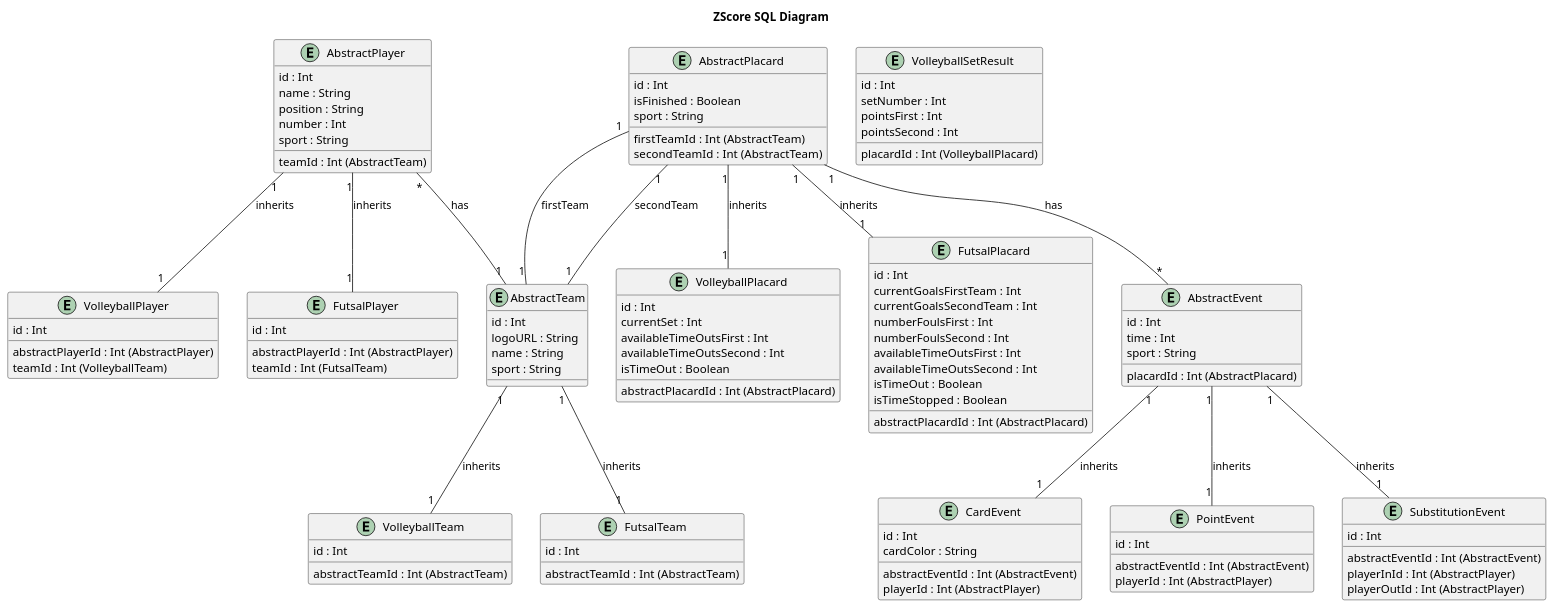
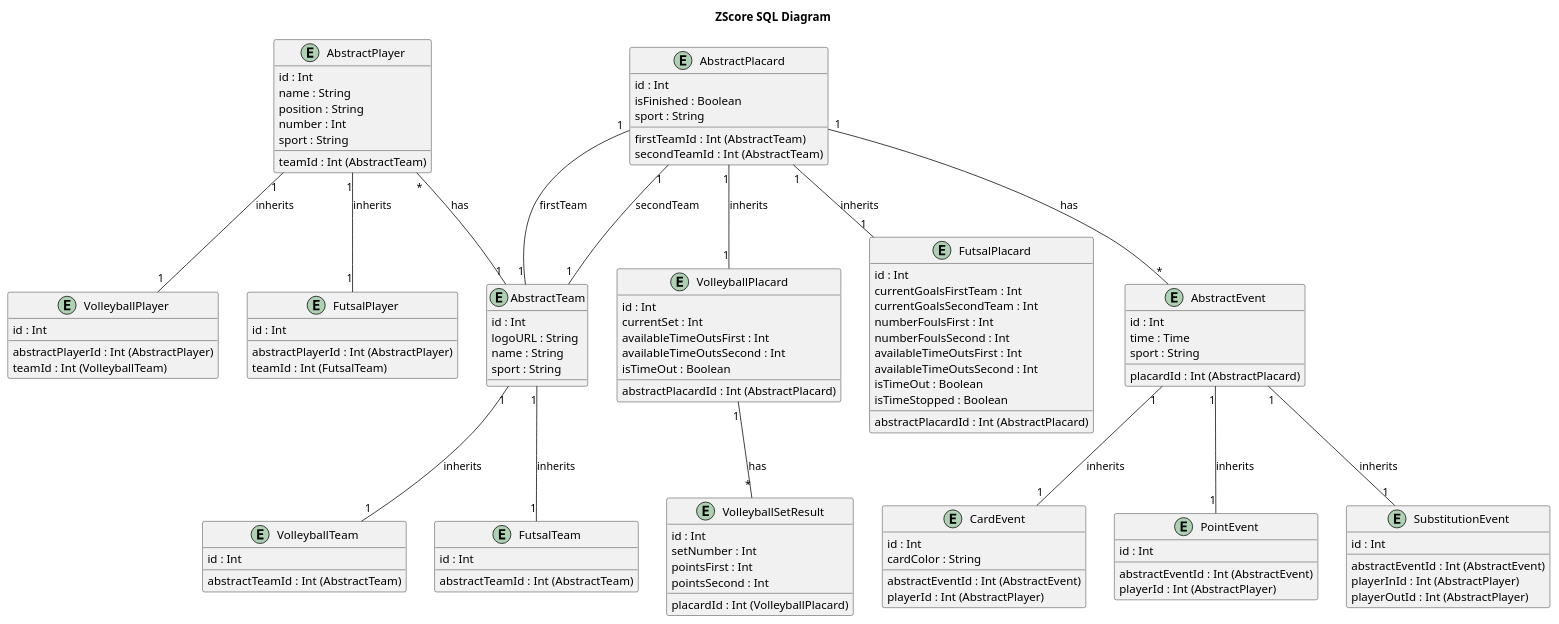
Before and after one commit to limapedro12/LGP_ZScore_ZeroZero: the diagram in docs/Classes_and_Tables/sql_diagram.puml, drawn with PlantUML. The commit also changed 2 other files, not shown here.

Commit message:
Updated Diagrams

```diff
--- a/docs/Classes_and_Tables/sql_diagram.puml
+++ b/docs/Classes_and_Tables/sql_diagram.puml
@@ -1,125 +1,127 @@
 @startuml
 title ZScore SQL Diagram
 
 entity AbstractPlacard {
     id : Int
     firstTeamId : Int (AbstractTeam)
     secondTeamId : Int (AbstractTeam)
     isFinished : Boolean
     sport : String
 }
 
 entity VolleyballPlacard {
     id : Int
     abstractPlacardId : Int (AbstractPlacard)
     currentSet : Int
     availableTimeOutsFirst : Int
     availableTimeOutsSecond : Int
     isTimeOut : Boolean
 }
 
 entity VolleyballSetResult {
     id : Int
     placardId : Int (VolleyballPlacard)
     setNumber : Int
     pointsFirst : Int
     pointsSecond : Int
 }
 
 entity FutsalPlacard {
     id : Int
     abstractPlacardId : Int (AbstractPlacard)
     currentGoalsFirstTeam : Int
     currentGoalsSecondTeam : Int
     numberFoulsFirst : Int
     numberFoulsSecond : Int
     availableTimeOutsFirst : Int
     availableTimeOutsSecond : Int
     isTimeOut : Boolean
     isTimeStopped : Boolean
 }
 
 entity AbstractTeam {
     id : Int
     logoURL : String
     name : String
     sport : String
 }
 
 entity VolleyballTeam {
     id : Int
     abstractTeamId : Int (AbstractTeam)
 }
 
 entity FutsalTeam {
     id : Int
     abstractTeamId : Int (AbstractTeam)
 }
 
 entity AbstractPlayer {
     id : Int
     name : String
     position : String
     number : Int
     teamId : Int (AbstractTeam)
     sport : String
 }
 
 entity VolleyballPlayer {
     id : Int
     abstractPlayerId : Int (AbstractPlayer)
     teamId : Int (VolleyballTeam)
 }
 
 entity FutsalPlayer {
     id : Int
     abstractPlayerId : Int (AbstractPlayer)
     teamId : Int (FutsalTeam)
 }
 
 entity AbstractEvent {
     id : Int
-    time : Int
+    time : Time
     sport : String
     placardId : Int (AbstractPlacard)
 }
 
 entity CardEvent {
     id : Int
     abstractEventId : Int (AbstractEvent)
     playerId : Int (AbstractPlayer)
     cardColor : String
 }
 
 entity PointEvent {
     id : Int
     abstractEventId : Int (AbstractEvent)
     playerId : Int (AbstractPlayer)
 }
 
 entity SubstitutionEvent {
     id : Int
     abstractEventId : Int (AbstractEvent)
     playerInId : Int (AbstractPlayer)
     playerOutId : Int (AbstractPlayer)
 }
 
 AbstractPlacard "1"--"*" AbstractEvent : "has"
 AbstractPlacard "1"--"1" AbstractTeam : "firstTeam"
 AbstractPlacard "1"--"1" AbstractTeam : "secondTeam"
 
 VolleyballPlacard "1"-up-"1" AbstractPlacard : "inherits"
 FutsalPlacard "1"-up-"1" AbstractPlacard : "inherits"
 
+VolleyballPlacard "1"-down-"*" VolleyballSetResult : "has"
+
 AbstractTeam "1"-up-"*" AbstractPlayer : "has"
 VolleyballTeam "1"-up-"1" AbstractTeam : "inherits"
 FutsalTeam "1"-up-"1" AbstractTeam : "inherits"
 
 VolleyballPlayer "1"-up-"1" AbstractPlayer : "inherits"
 FutsalPlayer "1"-up-"1" AbstractPlayer : "inherits"
 
 AbstractEvent "1"-down-"1" CardEvent : "inherits"
 AbstractEvent "1"-down-"1" PointEvent : "inherits"
 AbstractEvent "1"-down-"1" SubstitutionEvent : "inherits"
 
 @enduml
```
